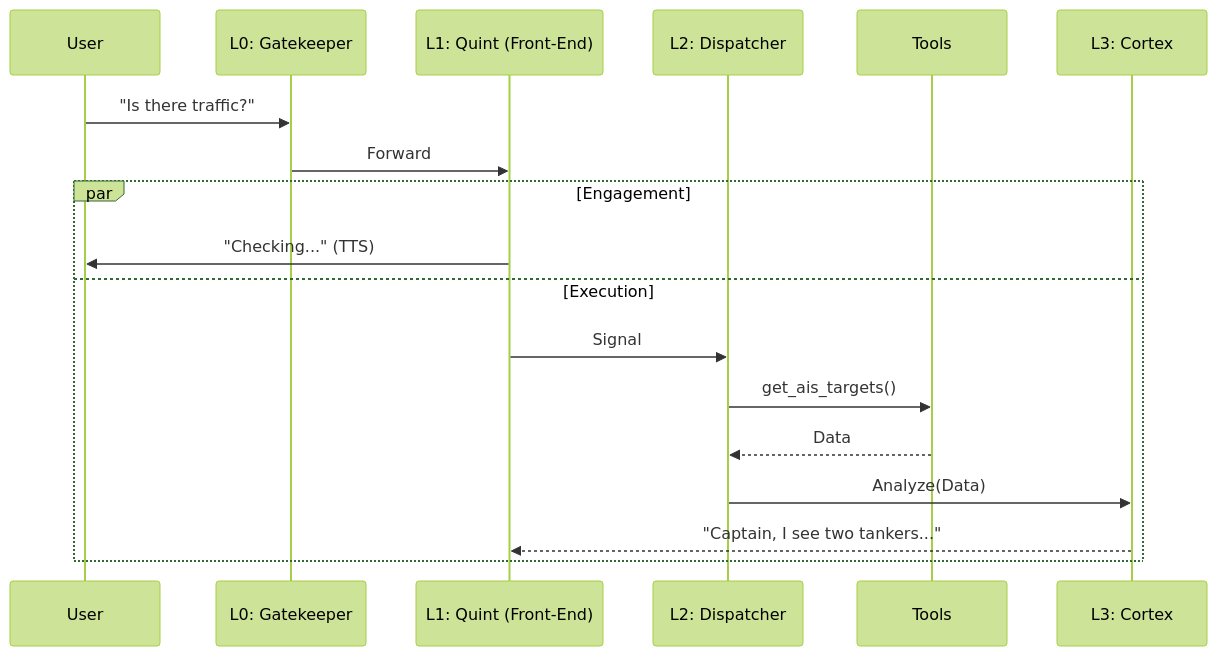
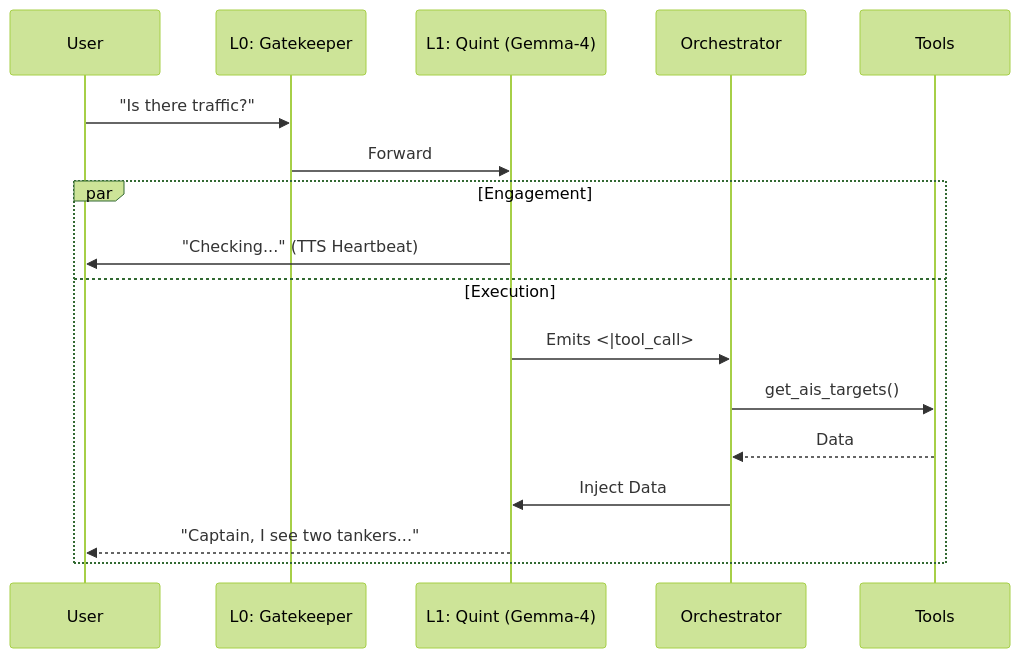
The diagram in docs/planning/quint_architecture.md (lhzn-io/chatty-buoy), drawn with Mermaid (forest theme) before and after one commit. The commit also changed other lines of this file and 13 other files, not shown here.

First line of the commit message:
feat(core): migrate to NVFP4 quantization and Gemma-4 for Thor architecture

````diff
--- a/docs/planning/quint_architecture.md
+++ b/docs/planning/quint_architecture.md
@@ -55,21 +39,20 @@
 ```mermaid
 sequenceDiagram
     participant U as User
     participant G as L0: Gatekeeper
-    participant Q as L1: Quint (Front-End)
-    participant D as L2: Dispatcher
+    participant Q as L1: Quint (Gemma-4)
+    participant O as Orchestrator
     participant T as Tools
-    participant C as L3: Cortex
 
     U->>G: "Is there traffic?"
     G->>Q: Forward
     par Engagement
-        Q->>U: "Checking..." (TTS)
+        Q->>U: "Checking..." (TTS Heartbeat)
     and Execution
-        Q->>D: Signal
-        D->>T: get_ais_targets()
-        T-->>D: Data
-        D->>C: Analyze(Data)
-        C-->>Q: "Captain, I see two tankers..."
+        Q->>O: Emits <|tool_call>
+        O->>T: get_ais_targets()
+        T-->>O: Data
+        O->>Q: Inject Data
+        Q-->>U: "Captain, I see two tankers..."
     end
 ```
````
